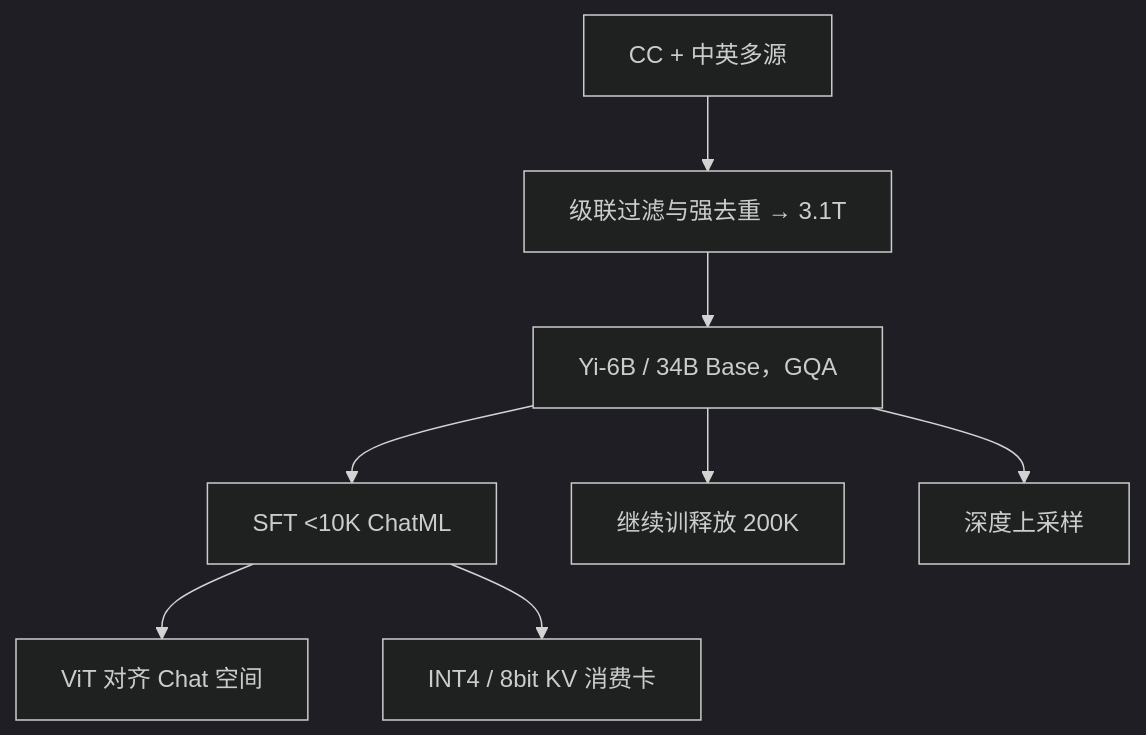
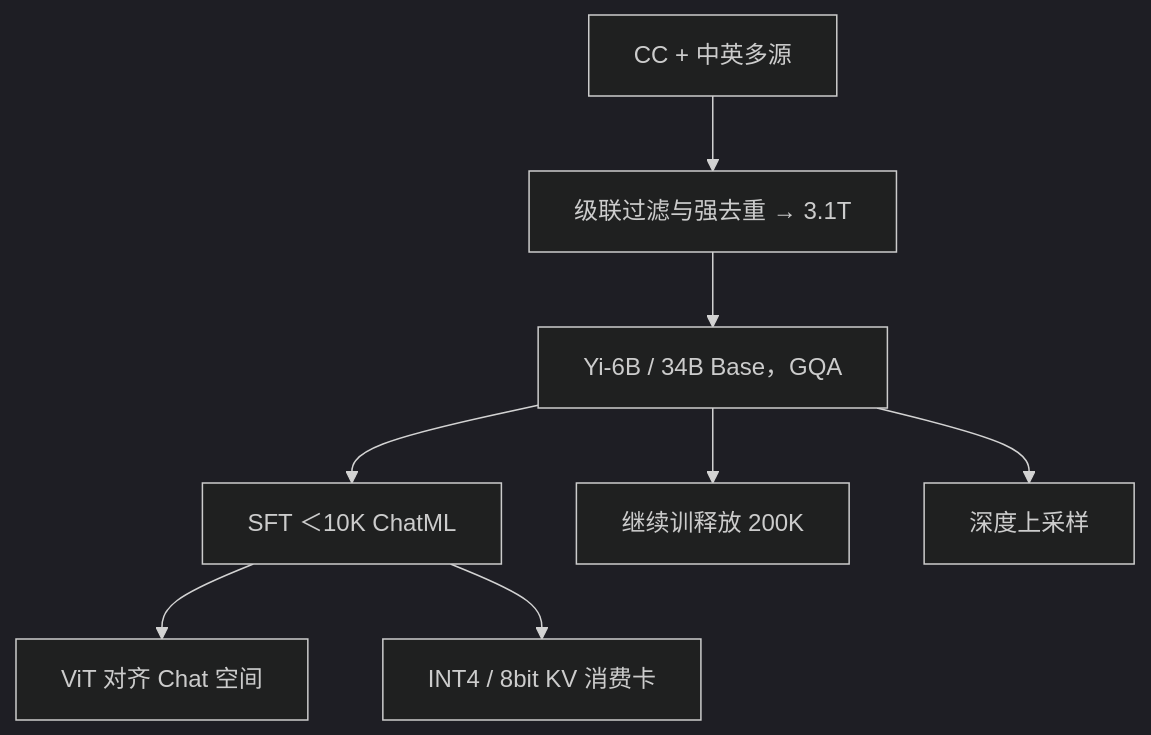
The diagram in docs/llm/yi-report.md (xhongduo-tech/xhongduo-tech.github.io), drawn with Mermaid (dark theme) before and after one commit. The commit also changed other lines of this file and 772 other files, not shown here.

````diff
--- a/docs/llm/yi-report.md
+++ b/docs/llm/yi-report.md
@@ -42,10 +42,10 @@
 ```mermaid
 flowchart TD
   RAW["CC + 中英多源"] --> PIPE["级联过滤与强去重 → 3.1T"]
   PIPE --> BASE["Yi-6B / 34B Base，GQA"]
-  BASE --> SFT["SFT <10K ChatML"]
+  BASE --> SFT["SFT ＜10K ChatML"]
   BASE --> CTX["继续训释放 200K"]
   BASE --> DUS["深度上采样"]
   SFT --> VL["ViT 对齐 Chat 空间"]
   SFT --> Q["INT4 / 8bit KV 消费卡"]
 ```
````
